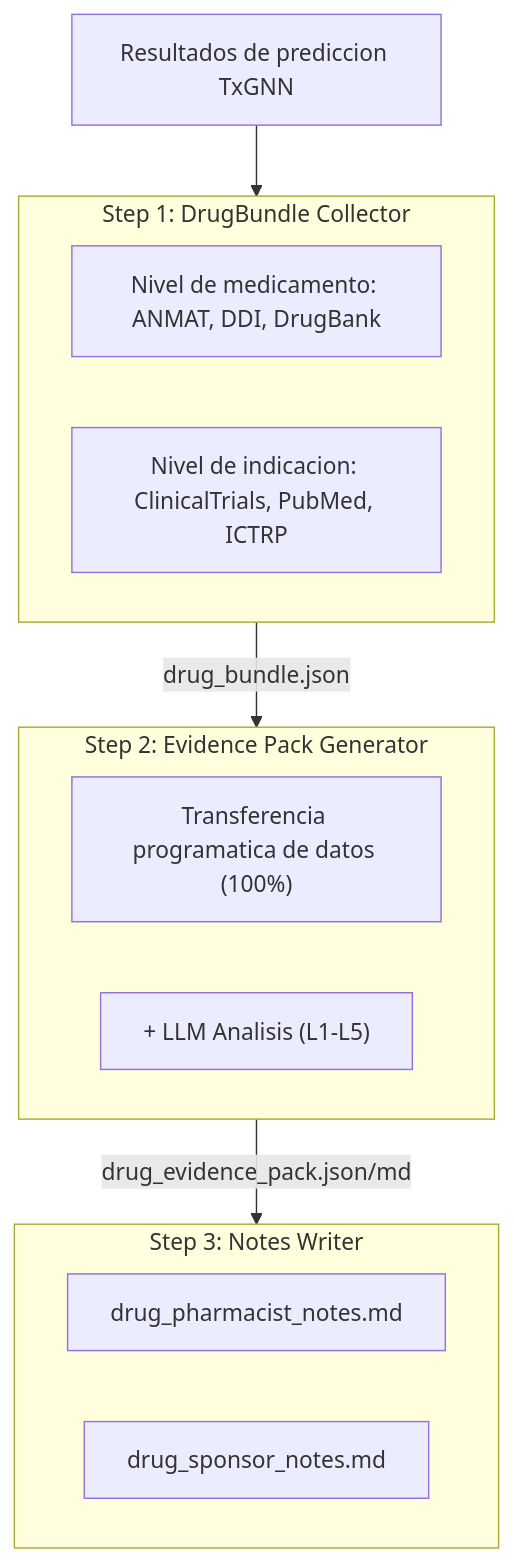
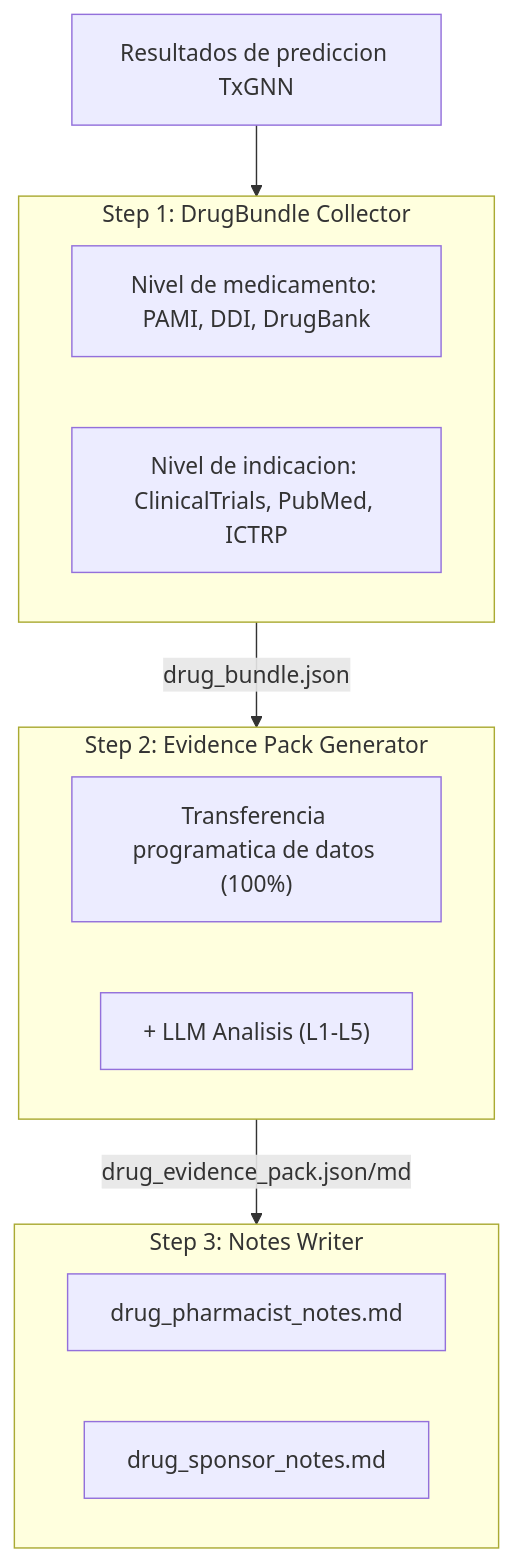
Before and after one commit to yao-care/ARTxGNN: the first of 2 diagrams in README.md, drawn with Mermaid. The commit also changed other lines of this file and 3 other files, not shown here.

First line of the commit message:
其餘資料來源描述改寫實際資料集：ANMAT → PAMI 藥品價目表

````diff
--- a/README.md
+++ b/README.md
@@ -130,18 +130,18 @@
 ```mermaid
 flowchart TD
     A["Resultados de prediccion TxGNN"] --> B
     subgraph B["Step 1: DrugBundle Collector"]
-        B1["Nivel de medicamento: ANMAT, DDI, DrugBank"]
+        B1["Nivel de medicamento: PAMI, DDI, DrugBank"]
         B2["Nivel de indicacion: ClinicalTrials, PubMed, ICTRP"]
     end
     B --> |"drug_bundle.json"| C
     subgraph C["Step 2: Evidence Pack Generator"]
         C1["Transferencia programatica de datos (100%)"]
         C2["+ LLM Analisis (L1-L5)"]
     end
     C --> |"drug_evidence_pack.json/md"| D
     subgraph D["Step 3: Notes Writer"]
         D1["drug_pharmacist_notes.md"]
         D2["drug_sponsor_notes.md"]
     end
 ```
````
